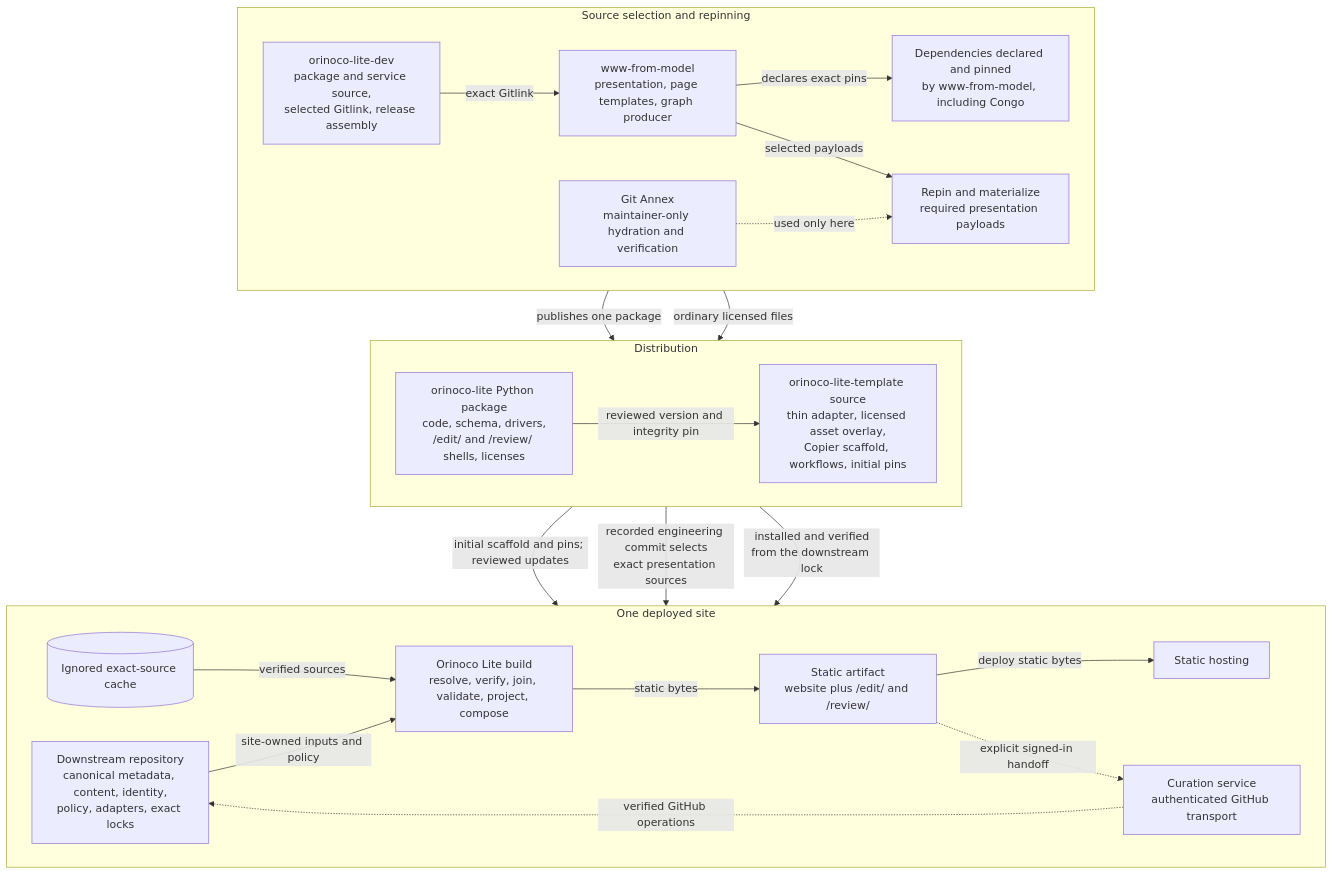
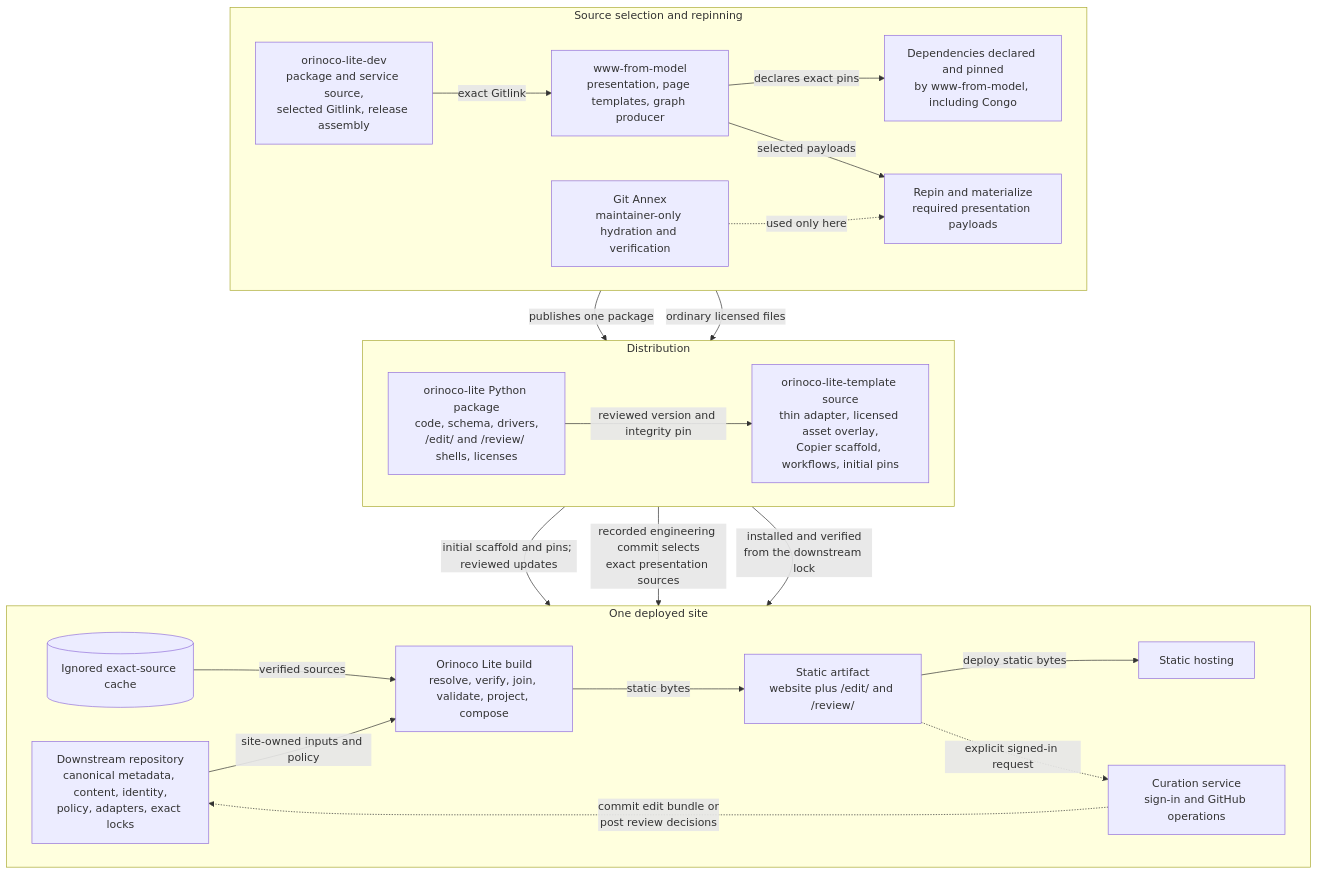
Before and after one commit to ORINOCO-Lite/orinoco-lite-dev: the first of 2 diagrams in docs/project-design.md, drawn with Mermaid. The commit also changed other lines of this file and 1 other file, not shown here.

Commit message:
remove ambiguous language for curation workflow

````diff
--- a/docs/project-design.md
+++ b/docs/project-design.md
@@ -63,55 +63,55 @@
 ```mermaid
 flowchart TB
   subgraph maintenance["Source selection and repinning"]
     direction LR
     engineering["orinoco-lite-dev<br/>package and service source,<br/>selected Gitlink, release assembly"]
     upstream["www-from-model<br/>presentation, page templates, graph producer"]
     dependencies["Dependencies declared and pinned<br/>by www-from-model, including Congo"]
     annex["Git Annex<br/>maintainer-only hydration and verification"]
     repin["Repin and materialize<br/>required presentation payloads"]
 
     engineering -->|"exact Gitlink"| upstream
     upstream -->|"declares exact pins"| dependencies
     upstream -->|"selected payloads"| repin
     annex -.->|"used only here"| repin
   end
 
   subgraph distribution["Distribution"]
     direction LR
     package["orinoco-lite Python package<br/>code, schema, drivers,<br/>/edit/ and /review/ shells, licenses"]
     template["orinoco-lite-template source<br/>thin adapter, licensed asset overlay,<br/>Copier scaffold, workflows, initial pins"]
 
     engineering -->|"publishes one package"| package
     repin -->|"ordinary licensed files"| template
     package -->|"reviewed version and integrity pin"| template
   end
 
   subgraph downstream["One deployed site"]
     direction LR
     repository["Downstream repository<br/>canonical metadata, content, identity,<br/>policy, adapters, exact locks"]
     cache[("Ignored exact-source cache")]
     build["Orinoco Lite build<br/>resolve, verify, join, validate, project, compose"]
     artifact["Static artifact<br/>website plus /edit/ and /review/"]
-    service["Curation service<br/>authenticated GitHub transport"]
+    service["Curation service<br/>sign-in and GitHub operations"]
     host["Static hosting"]
 
     template -->|"initial scaffold and pins; reviewed updates"| repository
     package -->|"recorded engineering commit selects<br/>exact presentation sources"| cache
     package -->|"installed and verified<br/>from the downstream lock"| build
     cache -->|"verified sources"| build
     repository -->|"site-owned inputs and policy"| build
     build -->|"static bytes"| artifact
     artifact -->|"deploy static bytes"| host
-    artifact -.->|"explicit signed-in handoff"| service
-    service -.->|"verified GitHub operations"| repository
+    artifact -.->|"explicit signed-in request"| service
+    service -.->|"commit edit bundle or<br/>post review decisions"| repository
   end
 
   click engineering "https://github.com/ORINOCO-Lite/orinoco-lite-dev" "Open the engineering repository"
   click upstream "https://github.com/ORINOCO-Lite/www-from-model" "Open the presentation source"
   click dependencies "https://github.com/ORINOCO-Lite/congo" "Open the selected theme repository"
   click annex "https://git-annex.branchable.com/" "Open Git Annex"
   click repin "https://github.com/ORINOCO-Lite/orinoco-lite-dev/blob/main/tools/materialize_presentation_assets.py" "Open the repinning tool"
   click package "https://github.com/ORINOCO-Lite/orinoco-lite-dev/tree/main/packages/orinoco-lite" "Open the Orinoco Lite package"
   click template "https://github.com/ORINOCO-Lite/orinoco-lite-template/tree/main" "Open the template source"
   click repository "https://github.com/ORINOCO-Lite/test-orinoco-downstream-website" "Open the human-gated reference downstream"
 ```
````
